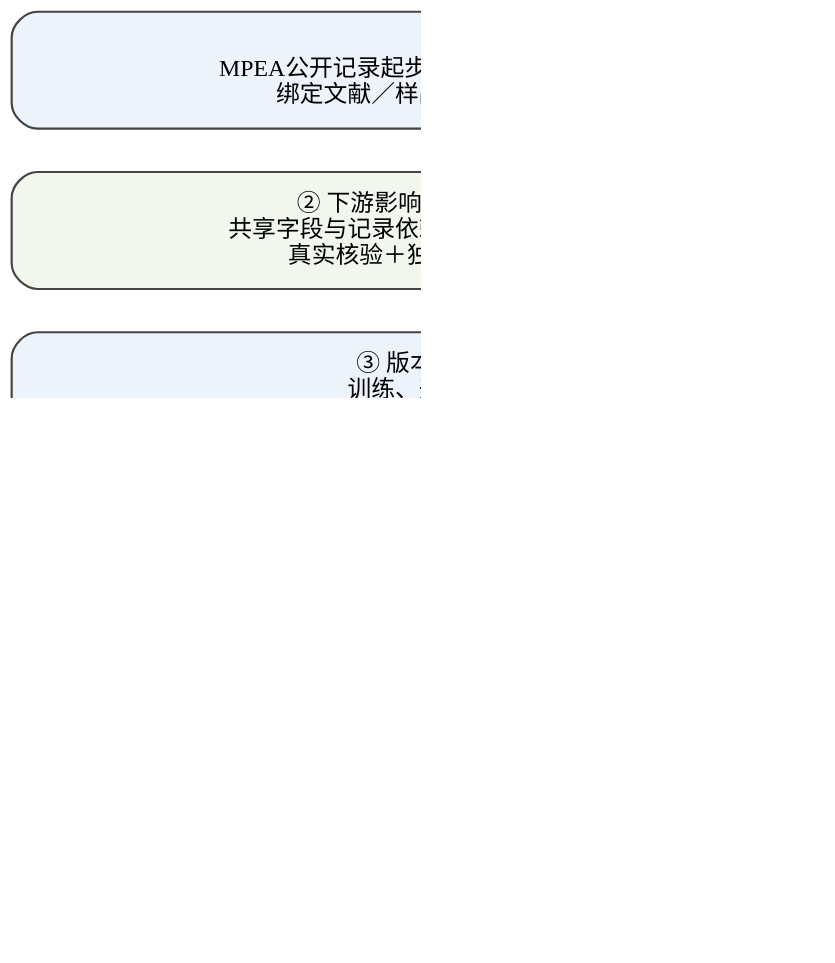
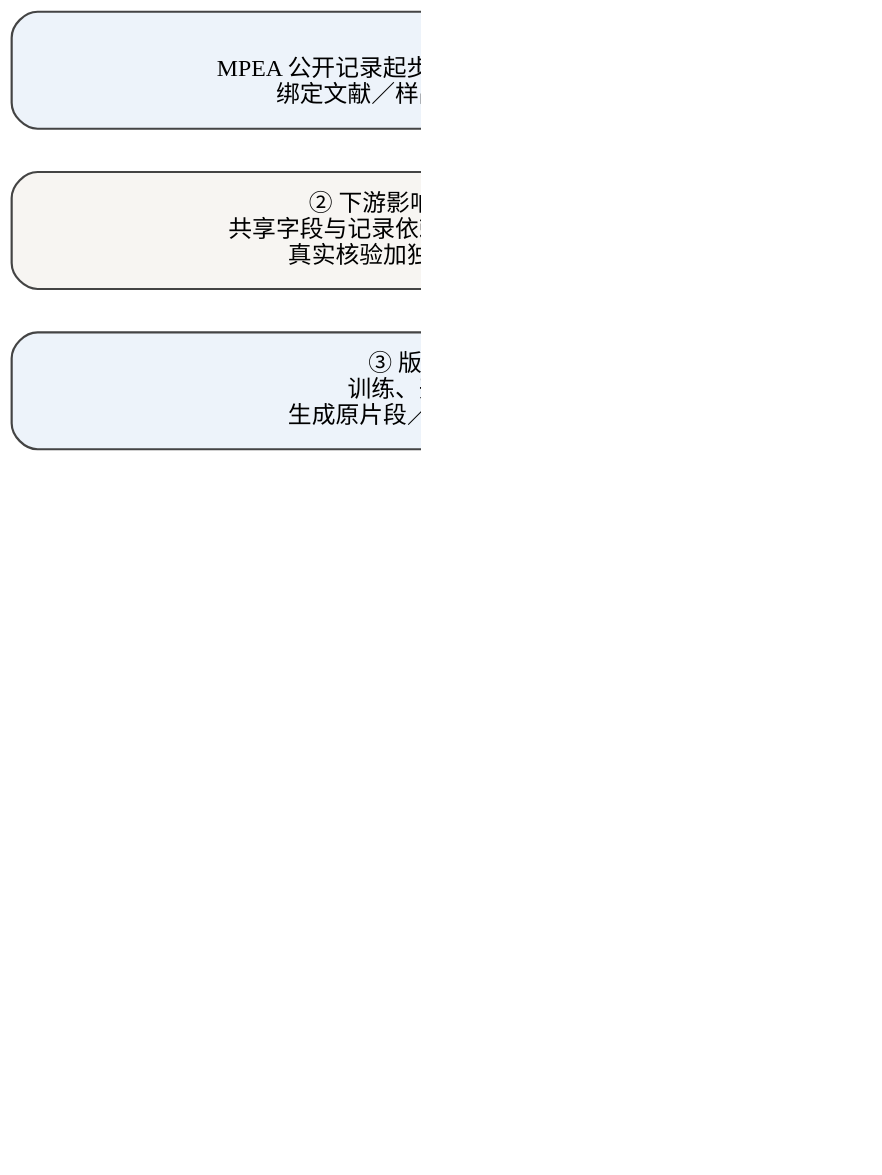
Before and after one commit to ywb-git/my-paper: the diagram in 开题报告_领域小模型蒸馏与知识增强/V4_范本对齐_2026-10-26/技术路线.dot, drawn with Graphviz. The commit also changed 3 other files, not shown here.

First line of the commit message:
重画技术路线图为七环节，HTML 同步到条件变化一致蒸馏

```diff
--- a/开题报告_领域小模型蒸馏与知识增强/V4_范本对齐_2026-10-26/技术路线.dot
+++ b/开题报告_领域小模型蒸馏与知识增强/V4_范本对齐_2026-10-26/技术路线.dot
@@ -1,12 +1,13 @@
 digraph G {
   graph [rankdir=TB, bgcolor="white", nodesep=0.26, ranksep=0.28, dpi=180];
   node [shape=box, style="rounded,filled", fontname="SimSun", fontsize=11, color="#444444", fillcolor="white", width=6.6, margin="0.18,0.12"];
   edge [color="#555555", arrowsize=0.7];
-  a [label="① 资料与来源绑定\nMPEA公开记录起步；获准全文补充表格、表注与工艺信息\n绑定文献／样品／性质／条件，保留未知和版本", fillcolor="#EDF3FA"];
-  b [label="② 下游影响驱动的核验调度（拟创新点二）\n共享字段与记录依赖 → 动作成本和预计帮助 → 预算选择\n真实核验＋独立抽检；疑点不等于已确认错误", fillcolor="#F2F7EE"];
-  c [label="③ 版本化知识库与固定检索召回\n训练、开发、测试按来源关联隔离\n生成经核验的原片段／条件摘录／紧凑卡片及其依赖闭包", fillcolor="#EDF3FA"];
-  d [label="④ 条件依赖闭包下的多粒度证据装配（拟创新点一）\n支持效用＋版本互斥＋必需依赖＋共享token成本\n小池参考求解／限时启发式 → 完整序列token复验\n保留数值时必须保留适用条件，不靠截断破坏闭包", fillcolor="#F2F7EE"];
-  e [label="⑤ 任务蒸馏与本地多步Agent（支撑与载体）\n经核验的完整证据包 → 小模型SFT → 有依据回答\n固定查询、核对、装配、澄清、终止动作，逐轮留痕", fillcolor="#FBF3EC"];
-  f [label="⑥ 来源留出验证与完整成本\n同字段强基线；装配／核验／训练分离与交叉消融\n答案正确率＋条件保留＋真实核验收益＋token与耗时\n当前为研究计划；无新算法有效性或材料性能实测", fillcolor="#EFEFEF", penwidth=1.4];
-  a -> b -> c -> d -> e -> f;
+  a [label="① 资料与来源绑定\nMPEA 公开记录起步；获准全文补充表格、表注与工艺信息\n绑定文献／样品／性质／条件，保留未知和版本", fillcolor="#EDF3FA"];
+  b [label="② 下游影响驱动的核验调度（工程支撑）\n共享字段与记录依赖 → 动作成本与预计帮助 → 预算选择\n真实核验加独立抽检；疑点不等于已确认错误", fillcolor="#F7F5F2"];
+  c [label="③ 版本化知识库与固定候选池\n训练、开发、测试按来源关联隔离\n生成原片段／条件摘录／紧凑卡片及依赖闭包", fillcolor="#EDF3FA"];
+  d [label="④ 条件依赖闭包下的多粒度证据装配（创新点一）\n支持效用＋版本互斥＋必需依赖＋共享 token 成本\n小池参考求解／限时启发式 → 完整序列 token 复验\n保留数值时必须保留适用条件，不靠截断破坏闭包", fillcolor="#F2F7EE"];
+  e [label="⑤ 条件变化一致的证据使用联合蒸馏（创新点二）\n损失＝L_SFT + λr·L_rank + λc·L_cond\n三项：答案监督／候选池列表排序／条件翻转一致性\nq 与 q′ 只差一个条件时学生偏好须相应翻转\n无对应证据时标为证据不足，不制造虚假正例", fillcolor="#F2F7EE"];
+  f [label="⑥ 本地多步 Agent 验证载体\n固定查询、核对、装配、澄清、终止动作，逐轮留痕\n执行器不主张算法创新", fillcolor="#FBF3EC"];
+  g [label="⑦ 来源留出验证与完整成本\n答案正确率＋条件错引率＋排序翻转准确率＋Recall@k\n五组消融：仅SFT／加排序／加条件一致／完整／逐项去掉条件字段\ntoken 与耗时；当前为研究计划，无算法有效性或材料性能实测", fillcolor="#EFEFEF", penwidth=1.4];
+  a -> b -> c -> d -> e -> f -> g;
 }
```
